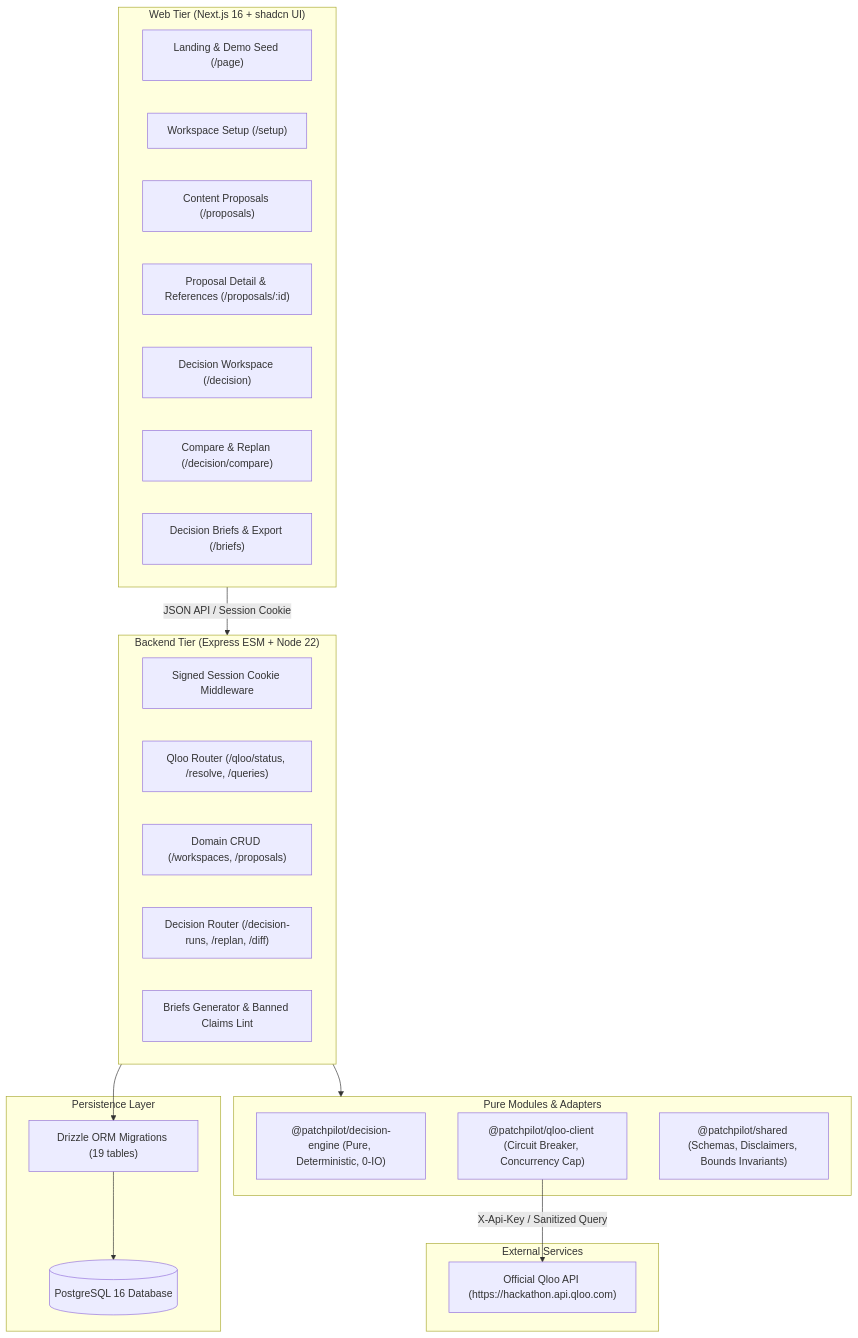
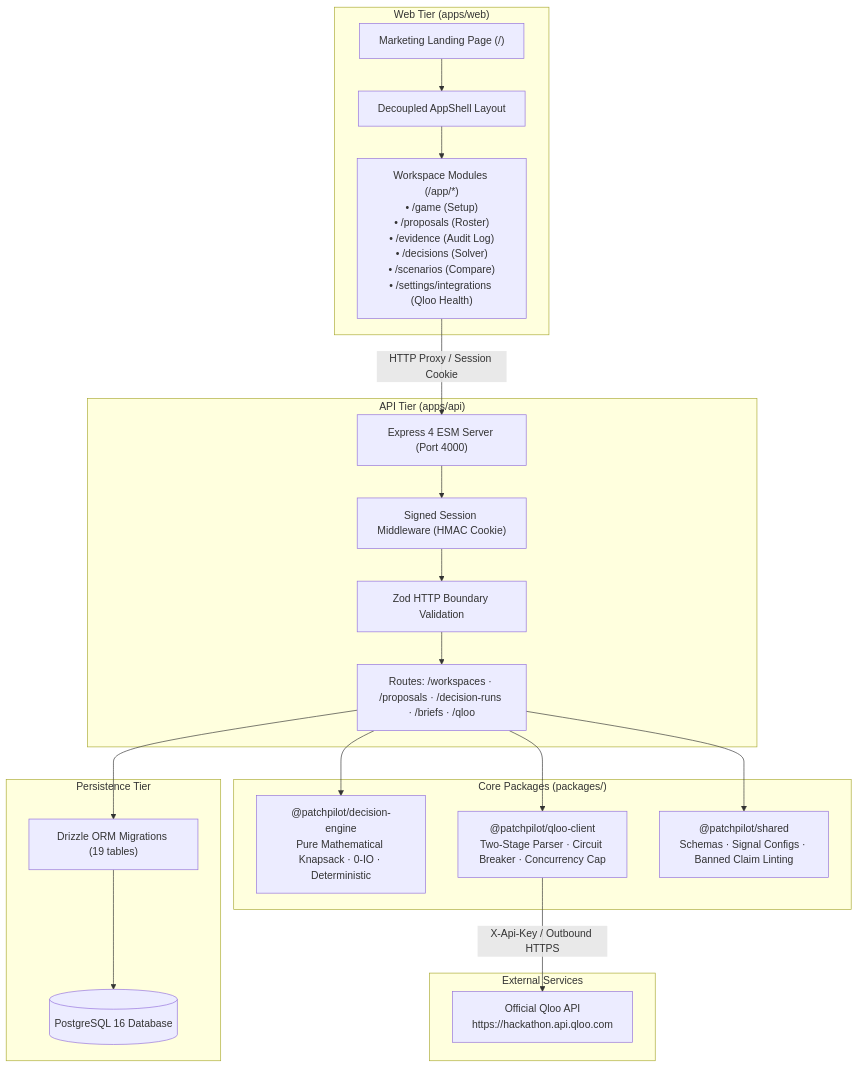
The second of 2 diagrams in README.md (Sidd7arth/Pilot-Patch), drawn with Mermaid before and after one commit. The commit also changed other lines of this file and 6 other files, not shown here.

````diff
--- a/README.md
+++ b/README.md
@@ -25,41 +92,41 @@
 ```mermaid
 flowchart TD
-    subgraph Browser["Web Tier (Next.js 16 + shadcn UI)"]
-        Landing["Landing & Demo Seed (/page)"]
-        Setup["Workspace Setup (/setup)"]
-        Proposals["Content Proposals (/proposals)"]
-        ProposalDetail["Proposal Detail & References (/proposals/:id)"]
-        Decision["Decision Workspace (/decision)"]
-        Compare["Compare & Replan (/decision/compare)"]
-        Briefs["Decision Briefs & Export (/briefs)"]
+    subgraph Client["Web Tier (apps/web)"]
+        Landing["Marketing Landing Page (/)"]
+        AppShell["Decoupled AppShell Layout"]
+        Modules["Workspace Modules (/app/*)<br/>• /game (Setup)<br/>• /proposals (Roster)<br/>• /evidence (Audit Log)<br/>• /decisions (Solver)<br/>• /scenarios (Compare)<br/>• /settings/integrations (Qloo Health)"]
+        Landing --> AppShell
+        AppShell --> Modules
     end
 
-    subgraph API["Backend Tier (Express ESM + Node 22)"]
-        Session["Signed Session Cookie Middleware"]
-        QlooRouter["Qloo Router (/qloo/status, /resolve, /queries)"]
-        DomainRouter["Domain CRUD (/workspaces, /proposals)"]
-        DecisionRouter["Decision Router (/decision-runs, /replan, /diff)"]
-        BriefsRouter["Briefs Generator & Banned Claims Lint"]
+    subgraph Server["API Tier (apps/api)"]
+        Express["Express 4 ESM Server (Port 4000)"]
+        SessionMw["Signed Session Middleware (HMAC Cookie)"]
+        ZodMw["Zod HTTP Boundary Validation"]
+        Routers["Routes: /workspaces · /proposals · /decision-runs · /briefs · /qloo"]
+        Express --> SessionMw --> ZodMw --> Routers
     end
 
-    subgraph Core["Pure Modules & Adapters"]
-        Engine["@patchpilot/decision-engine (Pure, Deterministic, 0-IO)"]
-        QlooClient["@patchpilot/qloo-client (Circuit Breaker, Concurrency Cap)"]
-        Shared["@patchpilot/shared (Schemas, Disclaimers, Bounds Invariants)"]
+    subgraph Packages["Core Packages (packages/)"]
+        Engine["@patchpilot/decision-engine<br/>Pure Mathematical Knapsack · 0-IO · Deterministic"]
+        QlooClient["@patchpilot/qloo-client<br/>Two-Stage Parser · Circuit Breaker · Concurrency Cap"]
+        Shared["@patchpilot/shared<br/>Schemas · Signal Configs · Banned Claim Linting"]
     end
 
-    subgraph Storage["Persistence Layer"]
-        Postgres[(PostgreSQL 16 Database)]
+    subgraph Persistence["Persistence Tier"]
+        DB[("PostgreSQL 16 Database")]
         Drizzle["Drizzle ORM Migrations (19 tables)"]
+        Drizzle --> DB
     end
 
     subgraph External["External Services"]
-        QlooAPI["Official Qloo API (https://hackathon.api.qloo.com)"]
+        QlooAPI["Official Qloo API<br/>https://hackathon.api.qloo.com"]
     end
 
-    Browser -->|JSON API / Session Cookie| API
-    API --> Core
-    API --> Drizzle
-    Drizzle --> Postgres
-    QlooClient -->|X-Api-Key / Sanitized Query| QlooAPI
+    Modules -->|HTTP Proxy / Session Cookie| Express
+    Routers --> Engine
+    Routers --> QlooClient
+    Routers --> Shared
+    Routers --> Drizzle
+    QlooClient -->|X-Api-Key / Outbound HTTPS| QlooAPI
 ```
````
